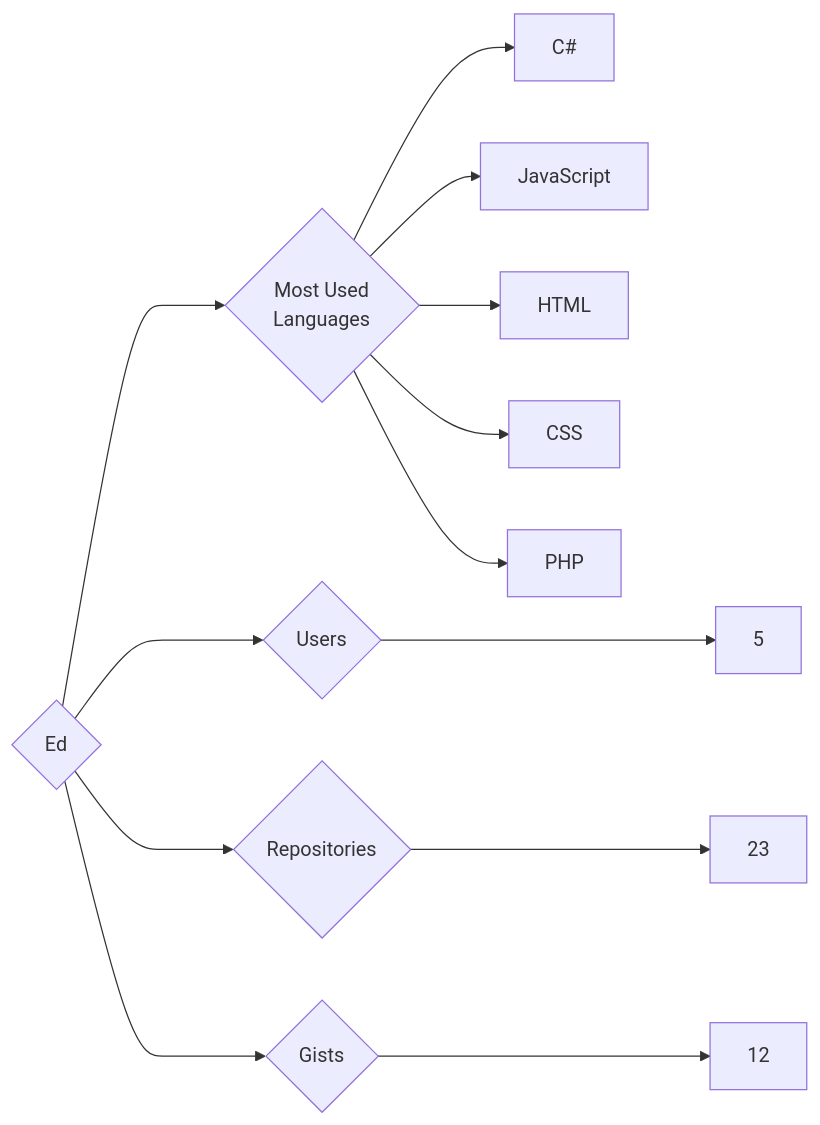
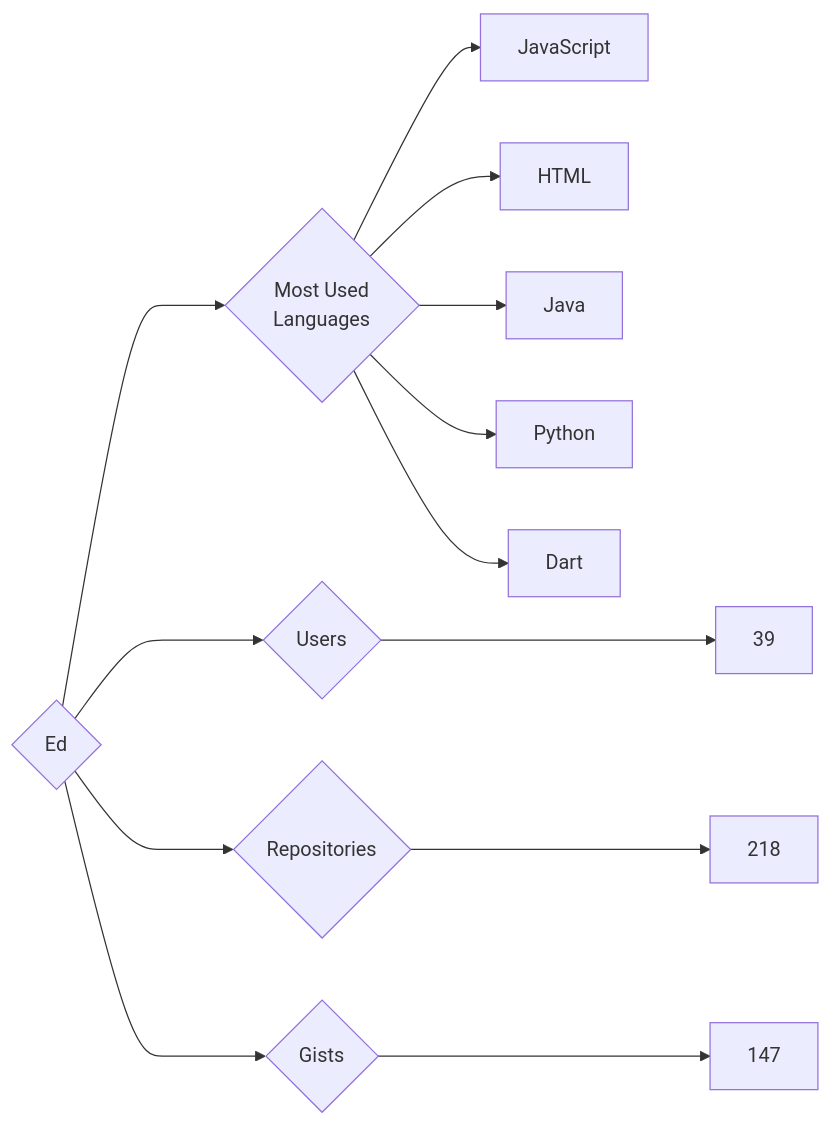
The diagram in targets/Ed/README.md (trickest/insiders), drawn with Mermaid before and after one commit. The commit also changed 757 other files, not shown here.

````diff
--- a/targets/Ed/README.md
+++ b/targets/Ed/README.md
@@ -3,13 +3,13 @@
 ```mermaid
 graph LR
 COMPANY_NAME{Ed}
-COMPANY_NAME ---> U{Users} ---> UN[5]
-COMPANY_NAME ---> R{Repositories} ---> RN[23]
-COMPANY_NAME ---> G{Gists} ---> GN[12]
+COMPANY_NAME ---> U{Users} ---> UN[39]
+COMPANY_NAME ---> R{Repositories} ---> RN[218]
+COMPANY_NAME ---> G{Gists} ---> GN[147]
 COMPANY_NAME ---> ML{Most Used<br>Languages}
-ML --> C#[C#]
 ML --> JavaScript[JavaScript]
 ML --> HTML[HTML]
-ML --> CSS[CSS]
-ML --> PHP[PHP]
+ML --> Java[Java]
+ML --> Python[Python]
+ML --> Dart[Dart]
 ```
````
